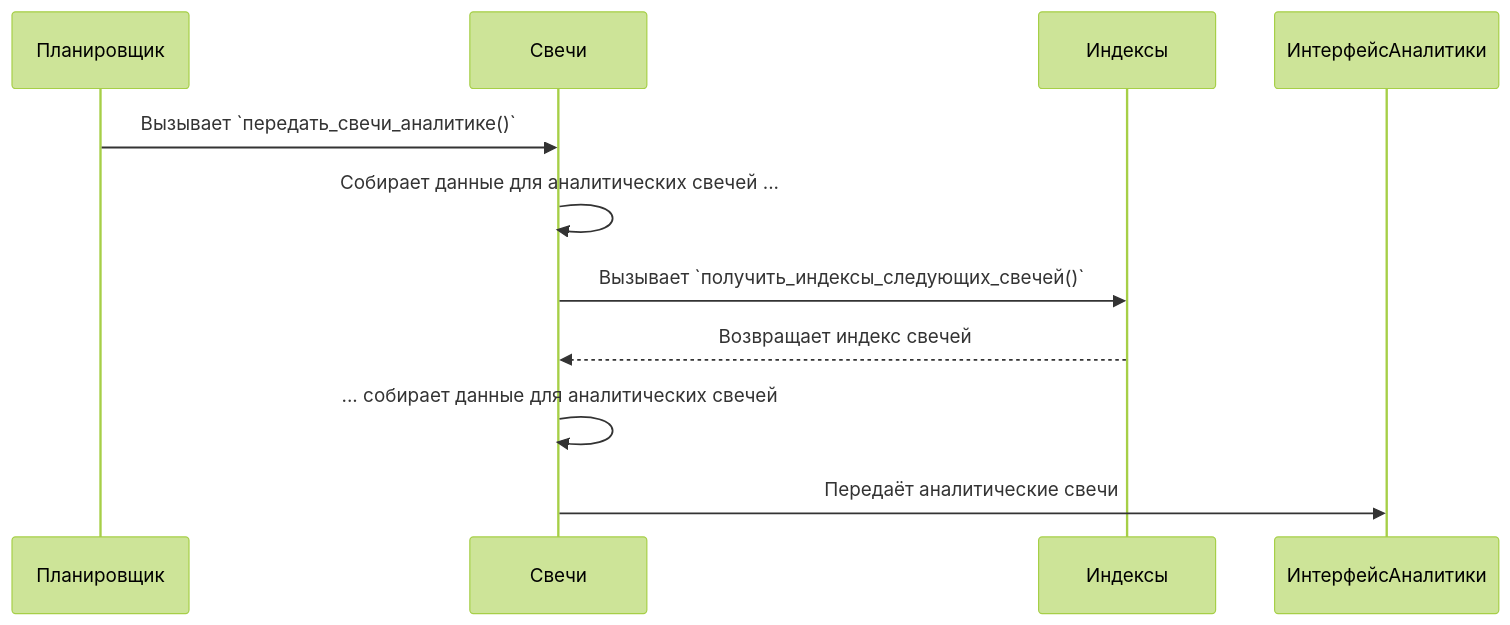
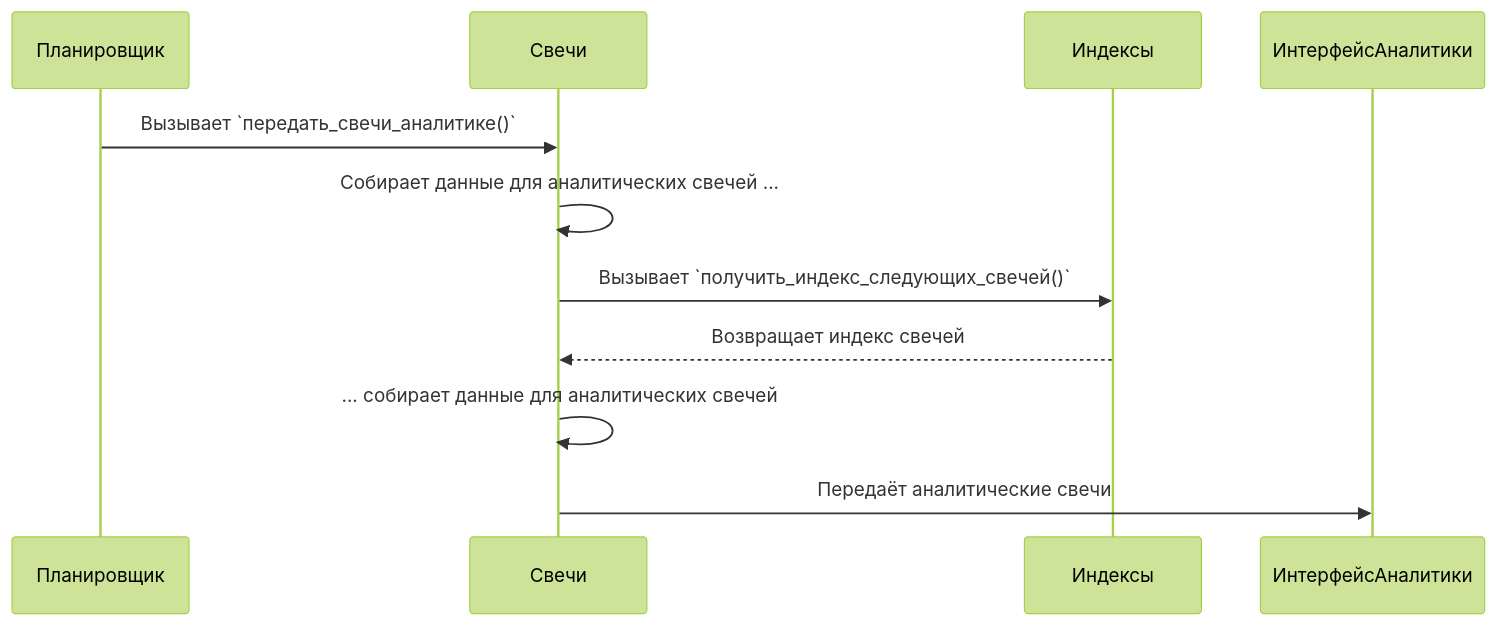
Diagram 13 of 19 in robot-logic.md (Marat22/MiriadRobotDocs), drawn with Mermaid (forest theme) before and after one commit. The commit also changed other lines of this file, not shown here.

Commit message:
Написал про индексы более подробно

````diff
--- a/robot-logic.md
+++ b/robot-logic.md
@@ -352,9 +358,9 @@
 ```mermaid
 sequenceDiagram
   Планировщик->>Свечи: Вызывает `передать_свечи_аналитике()`
   Свечи->>Свечи: Собирает данные для аналитических свечей ...
-  Свечи->>Индексы: Вызывает `получить_индексы_следующих_свечей()`
+  Свечи->>Индексы: Вызывает `получить_индекс_следующих_свечей()`
   Индексы-->>Свечи: Возвращает индекс свечей
   Свечи->>Свечи: ... собирает данные для аналитических свечей
   Свечи->>ИнтерфейсАналитики: Передаёт аналитические свечи
 ```
````
